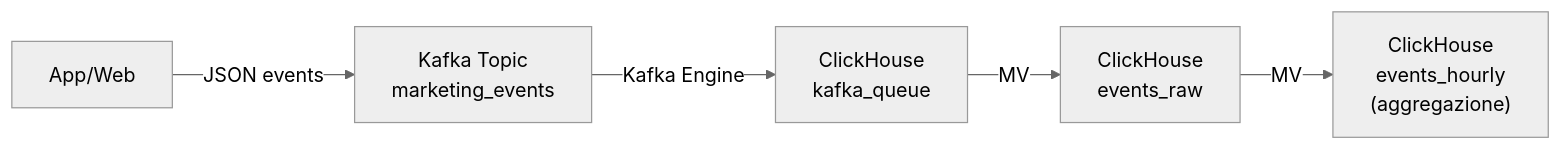
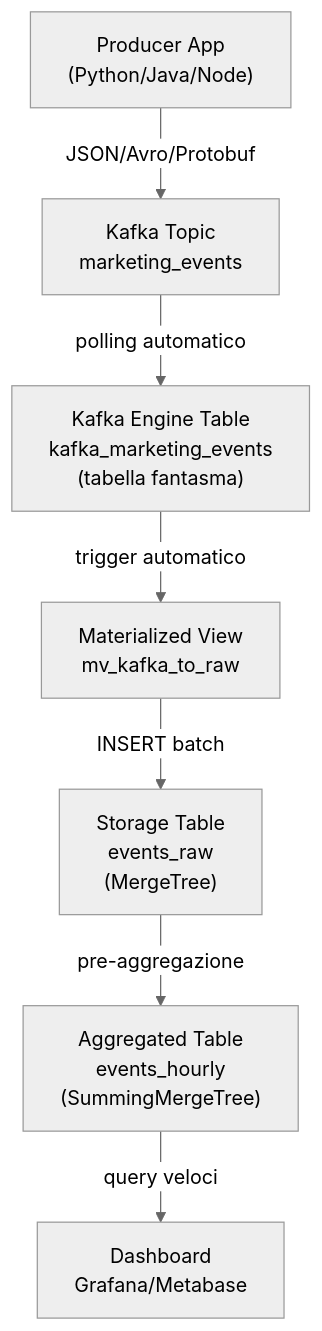
One commit to AndreyBertasini/gynnitech changed the diagram in src/content/corso/kafka-streaming/kafka-clickhouse.mdx. Above: the diagram before and after it, drawn with Mermaid (neutral theme). The commit also changed other lines of this file and 14 other files, not shown here.

First line of the commit message:
content: rewrite 13 lessons with full content (marketing, metriche, real-time, dashboard)

````diff
--- a/src/content/corso/kafka-streaming/kafka-clickhouse.mdx
+++ b/src/content/corso/kafka-streaming/kafka-clickhouse.mdx
@@ -14,7 +30,9 @@
 ```mermaid
-graph LR
-    A["App/Web"] -->|JSON events| B["Kafka Topic<br>marketing_events"]
-    B -->|Kafka Engine| C["ClickHouse<br>kafka_queue"]
-    C -->|MV| D["ClickHouse<br>events_raw"]
-    D -->|MV| E["ClickHouse<br>events_hourly<br>(aggregazione)"]
+graph TD
+    A["Producer App\n(Python/Java/Node)"] -->|JSON/Avro/Protobuf| B["Kafka Topic\nmarketing_events"]
+    B -->|polling automatico| C["Kafka Engine Table\nkafka_marketing_events\n(tabella fantasma)"]
+    C -->|trigger automatico| D["Materialized View\nmv_kafka_to_raw"]
+    D -->|INSERT batch| E["Storage Table\nevents_raw\n(MergeTree)"]
+    E -->|pre-aggregazione| F["Aggregated Table\nevents_hourly\n(SummingMergeTree)"]
+    F -->|query veloci| G["Dashboard\nGrafana/Metabase"]
 ```
````
